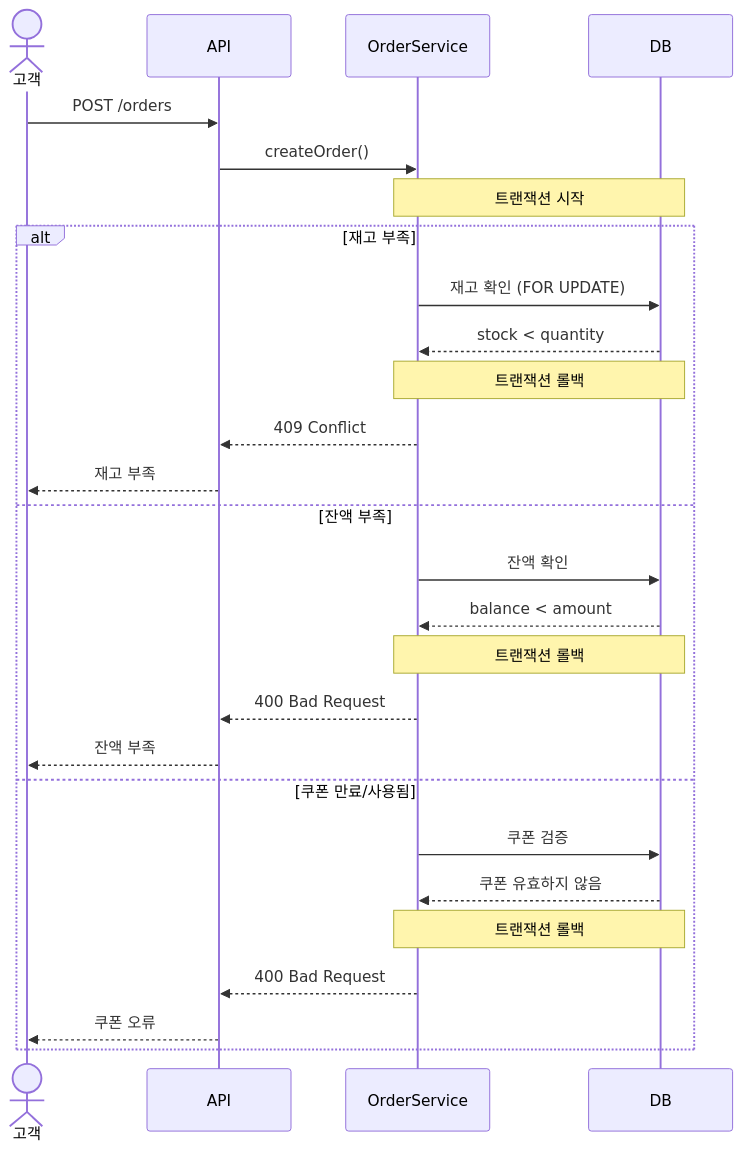
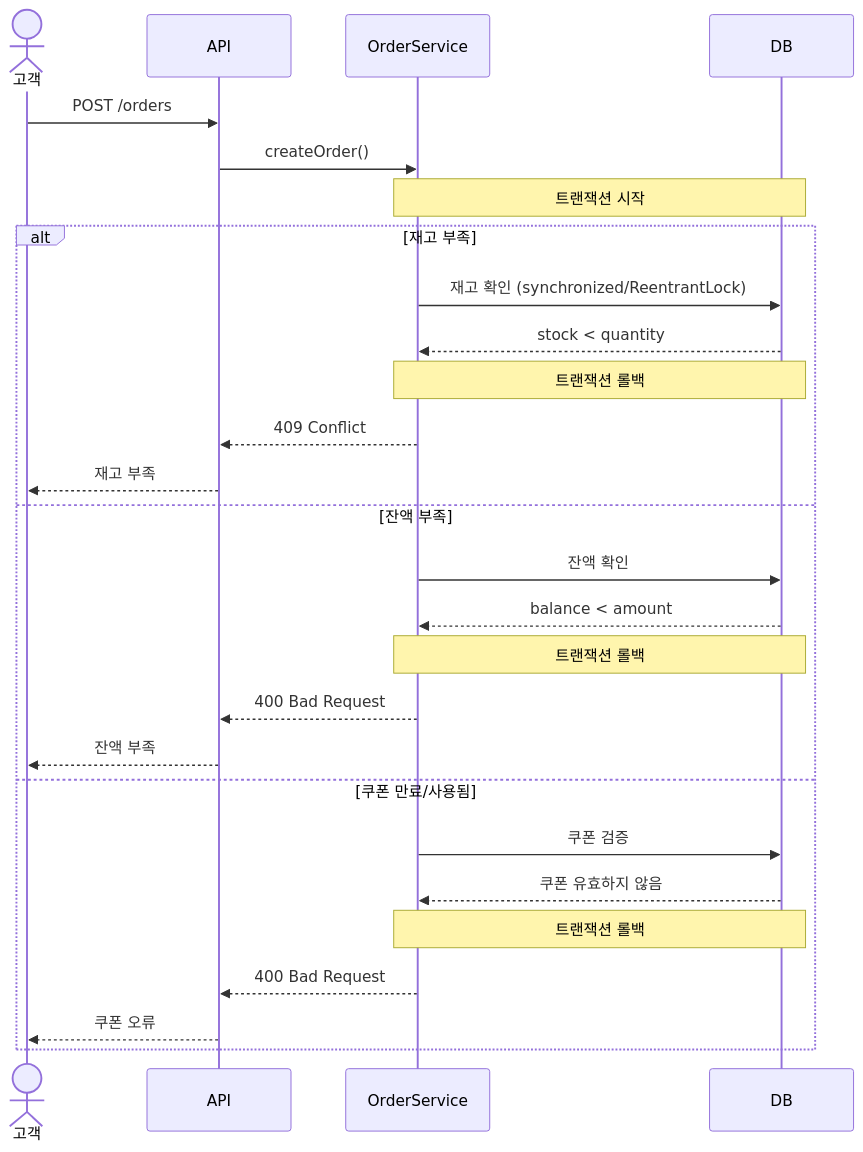
The sixth of 9 diagrams in week2-api-design-management/api-swagger/docs/api/sequence-diagrams.md (jaedeokhan/start-study), drawn with Mermaid before and after one commit. The commit also changed other lines of this file and 6 other files, not shown here.

Commit message:
chore: 상품, 주문, 결제, 쿠폰, 재고 ERD 및 시퀀스 및 ERD 구성

````diff
--- a/week2-api-design-management/api-swagger/docs/api/sequence-diagrams.md
+++ b/week2-api-design-management/api-swagger/docs/api/sequence-diagrams.md
@@ -150,34 +150,34 @@
 ```mermaid
 sequenceDiagram
     actor 고객
     participant API
     participant OrderService
     participant DB
 
     고객->>API: POST /orders
     API->>OrderService: createOrder()
 
     Note over OrderService,DB: 트랜잭션 시작
 
     alt 재고 부족
-        OrderService->>DB: 재고 확인 (FOR UPDATE)
+        OrderService->>DB: 재고 확인 (synchronized/ReentrantLock)
         DB-->>OrderService: stock < quantity
         Note over OrderService,DB: 트랜잭션 롤백
         OrderService-->>API: 409 Conflict
         API-->>고객: 재고 부족
 
     else 잔액 부족
         OrderService->>DB: 잔액 확인
         DB-->>OrderService: balance < amount
         Note over OrderService,DB: 트랜잭션 롤백
         OrderService-->>API: 400 Bad Request
         API-->>고객: 잔액 부족
 
     else 쿠폰 만료/사용됨
         OrderService->>DB: 쿠폰 검증
         DB-->>OrderService: 쿠폰 유효하지 않음
         Note over OrderService,DB: 트랜잭션 롤백
         OrderService-->>API: 400 Bad Request
         API-->>고객: 쿠폰 오류
     end
 ```
````
